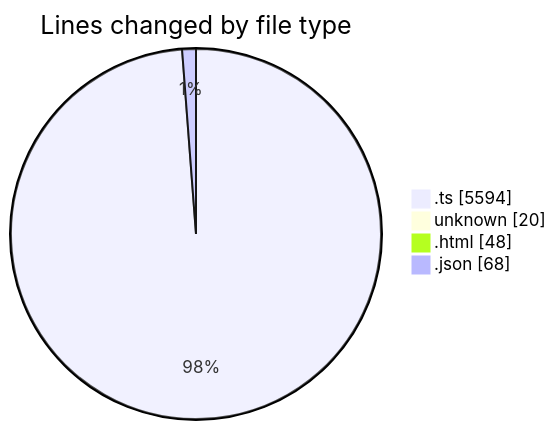
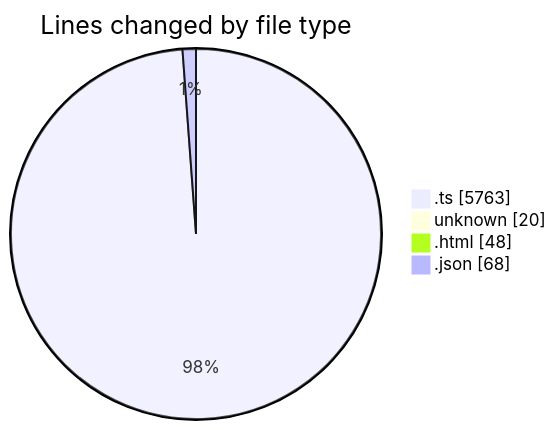
The first of 2 diagrams in 2026-02-06/singularitybrainai/README.md (tmsrecording-cyber/code-tracking), drawn with Mermaid before and after one commit. The commit also changed other lines of this file and 1 other file, not shown here.

````diff
--- a/2026-02-06/singularitybrainai/README.md
+++ b/2026-02-06/singularitybrainai/README.md
@@ -31,8 +32,8 @@
 ```mermaid
 pie showData
 title Lines changed by file type
-".ts" : 5594
+".ts" : 5763
 "unknown" : 20
 ".html" : 48
 ".json" : 68
 ```
````
